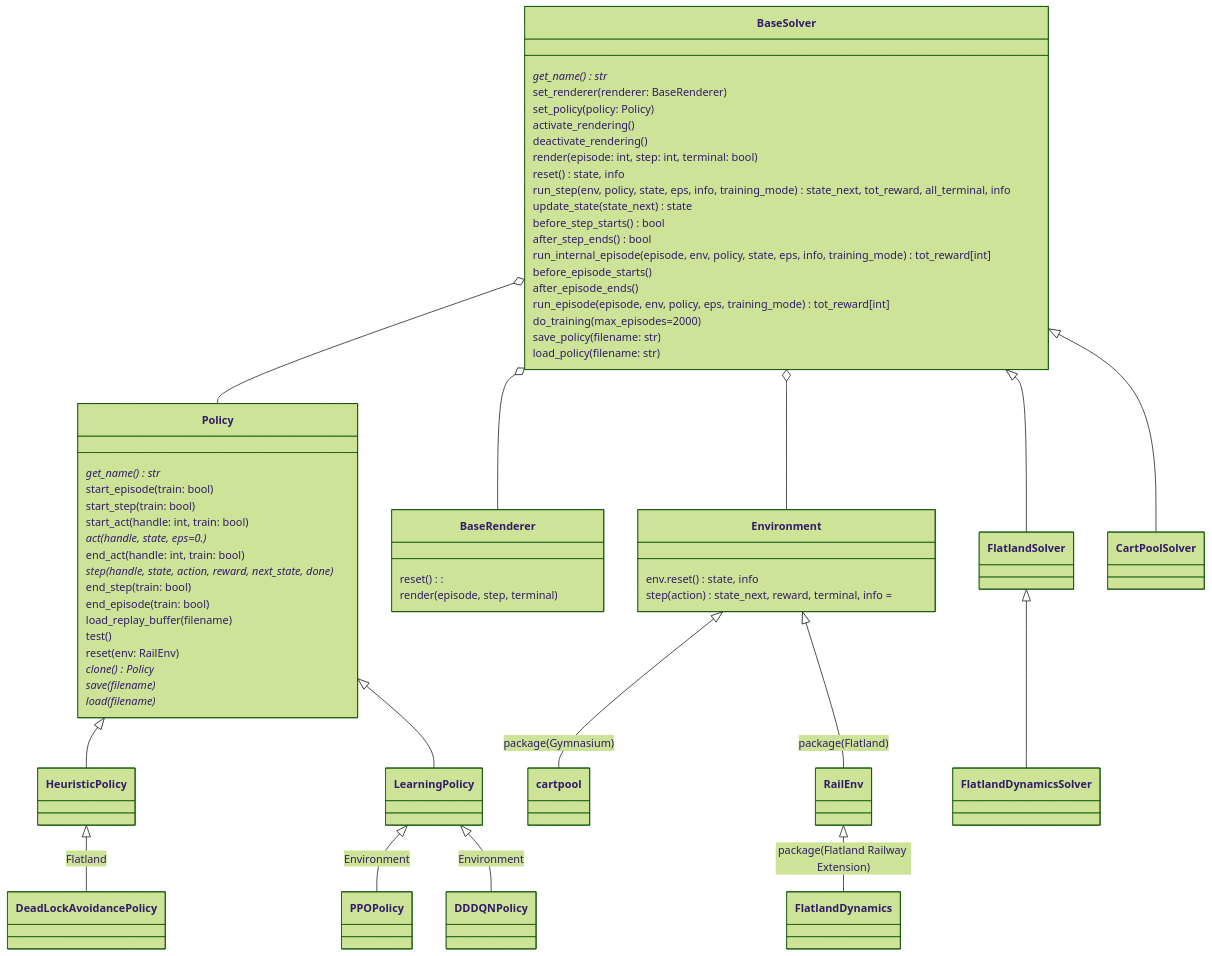
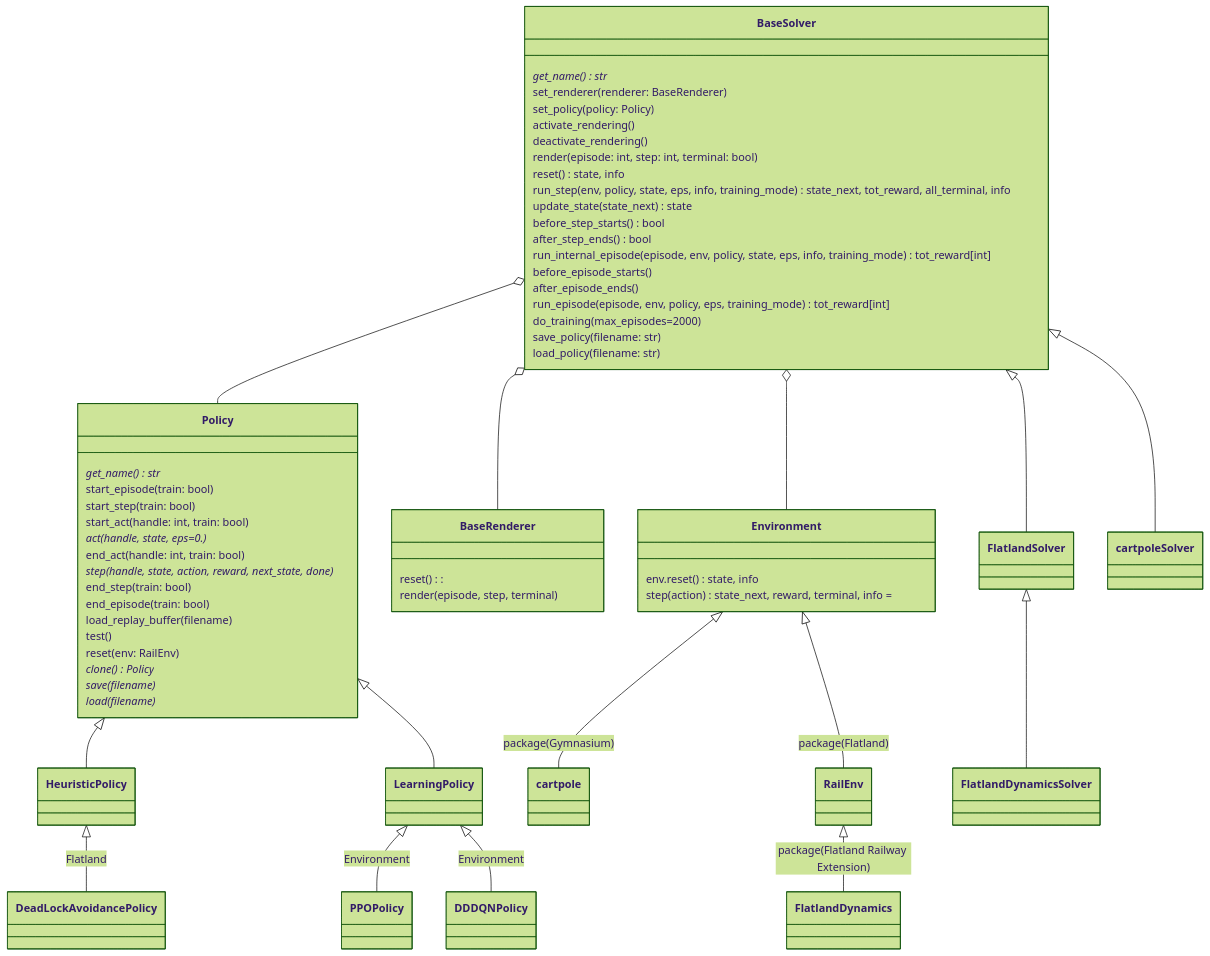
Before and after one commit to aiAdrian/flatland_solver_policy: the second of 3 diagrams in README.md, drawn with Mermaid (forest theme). The commit also changed other lines of this file and 4 other files, not shown here.

````diff
--- a/README.md
+++ b/README.md
@@ -33,73 +33,73 @@
 ```mermaid
 classDiagram
        
     BaseSolver o-- Policy
     BaseSolver o-- BaseRenderer
     BaseSolver o-- Environment
 
-    Environment <|-- cartpool : package(Gymnasium)
+    Environment <|-- cartpole : package(Gymnasium)
     Environment <|-- RailEnv : package(Flatland)
     RailEnv <|-- FlatlandDynamics : package(Flatland Railway Extension)
     
     BaseSolver <|-- FlatlandSolver
-    BaseSolver <|-- CartPoolSolver
+    BaseSolver <|-- cartpoleSolver
     FlatlandSolver <|-- FlatlandDynamicsSolver
     
     Policy  <|-- HeuristicPolicy
 
     HeuristicPolicy  <|-- DeadLockAvoidancePolicy : Flatland
 
     Policy  <|-- LearningPolicy
 
     LearningPolicy <|-- PPOPolicy : Environment
     LearningPolicy <|-- DDDQNPolicy : Environment
 
     class Environment {
         env.reset() state, info
         step(action) state_next, reward, terminal, info = 
     }
 
     class Policy{
       get_name()* str
       start_episode(train: bool)
       start_step(train: bool)
       start_act(handle: int, train: bool)
       act(handle, state, eps=0.)*
       end_act(handle: int, train: bool)
       step(handle, state, action, reward, next_state, done)*
       end_step(train: bool)
       end_episode(train: bool)
       load_replay_buffer(filename)
       test()
       reset(env: RailEnv)
       clone()* Policy
       save(filename)*
       load(filename)* 
     }
 
     class BaseRenderer {
         reset():
         render(episode, step, terminal)
     }
 
     class BaseSolver {
         get_name()* str
         set_renderer(renderer: BaseRenderer)
         set_policy(policy: Policy)
         activate_rendering()
         deactivate_rendering()
         render(episode: int, step: int, terminal: bool)
         reset() state, info
         run_step(env, policy, state, eps, info, training_mode) state_next, tot_reward, all_terminal, info
         update_state(state_next) state
         before_step_starts() bool
         after_step_ends() bool
         run_internal_episode( episode, env, policy, state, eps, info, training_mode) tot_reward[int]
         before_episode_starts()
         after_episode_ends()
         run_episode(episode, env, policy, eps, training_mode) tot_reward[int]
         do_training(max_episodes=2000)
         save_policy(filename: str)
         load_policy(filename: str)
     }
 ``` 
````
